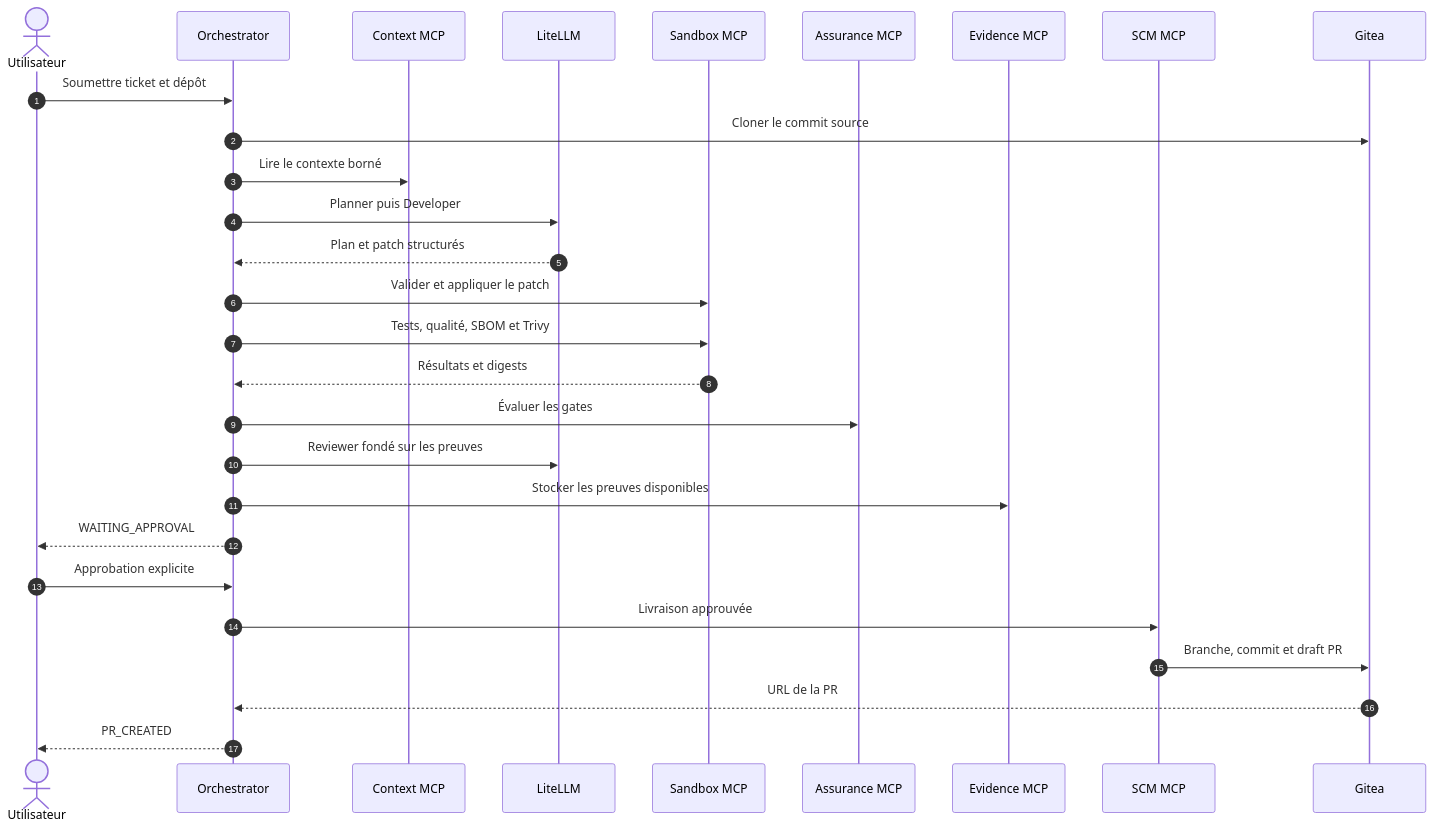
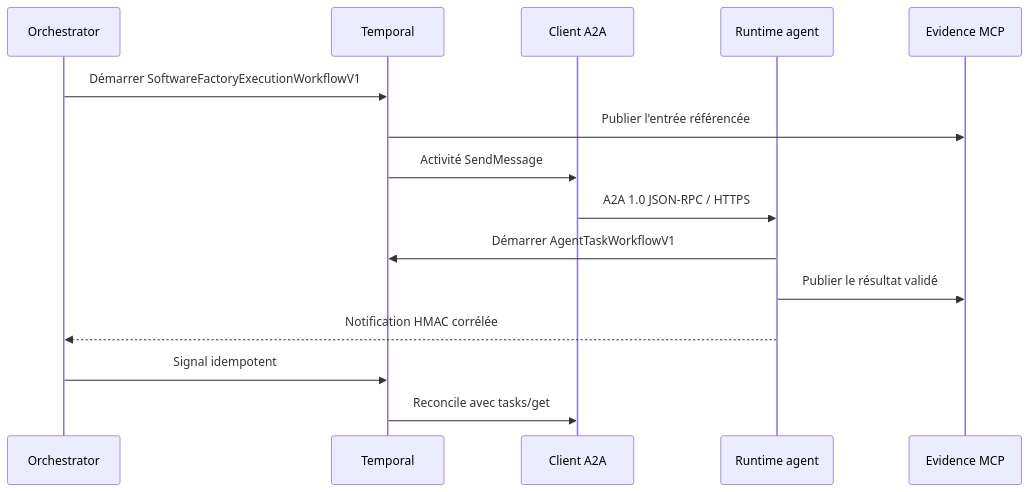
The third of 6 diagrams in docs/overview/architecture-overview.md (dbeaumont/ai-software-factory-local), drawn with Mermaid before and after one commit. The commit also changed other lines of this file and 28 other files, not shown here.

````diff
--- a/docs/overview/architecture-overview.md
+++ b/docs/overview/architecture-overview.md
@@ -226,31 +82,18 @@
 ```mermaid
 sequenceDiagram
-  autonumber
-  actor U as Utilisateur
   participant O as Orchestrator
-  participant C as Context MCP
-  participant L as LiteLLM
-  participant S as Sandbox MCP
-  participant A as Assurance MCP
+  participant T as Temporal
+  participant C as Client A2A
+  participant R as Runtime agent
   participant E as Evidence MCP
-  participant M as SCM MCP
-  participant G as Gitea
 
-  U->>O: Soumettre ticket et dépôt
-  O->>G: Cloner le commit source
-  O->>C: Lire le contexte borné
-  O->>L: Planner puis Developer
-  L-->>O: Plan et patch structurés
-  O->>S: Valider et appliquer le patch
-  O->>S: Tests, qualité, SBOM et Trivy
-  S-->>O: Résultats et digests
-  O->>A: Évaluer les gates
-  O->>L: Reviewer fondé sur les preuves
-  O->>E: Stocker les preuves disponibles
-  O-->>U: WAITING_APPROVAL
-  U->>O: Approbation explicite
-  O->>M: Livraison approuvée
-  M->>G: Branche, commit et draft PR
-  G-->>O: URL de la PR
-  O-->>U: PR_CREATED
+  O->>T: Démarrer SoftwareFactoryExecutionWorkflowV1
+  T->>E: Publier l'entrée référencée
+  T->>C: Activité SendMessage
+  C->>R: A2A 1.0 JSON-RPC / HTTPS
+  R->>T: Démarrer AgentTaskWorkflowV1
+  R->>E: Publier le résultat validé
+  R-->>O: Notification HMAC corrélée
+  O->>T: Signal idempotent
+  T->>C: Reconcile avec tasks/get
 ```
````
